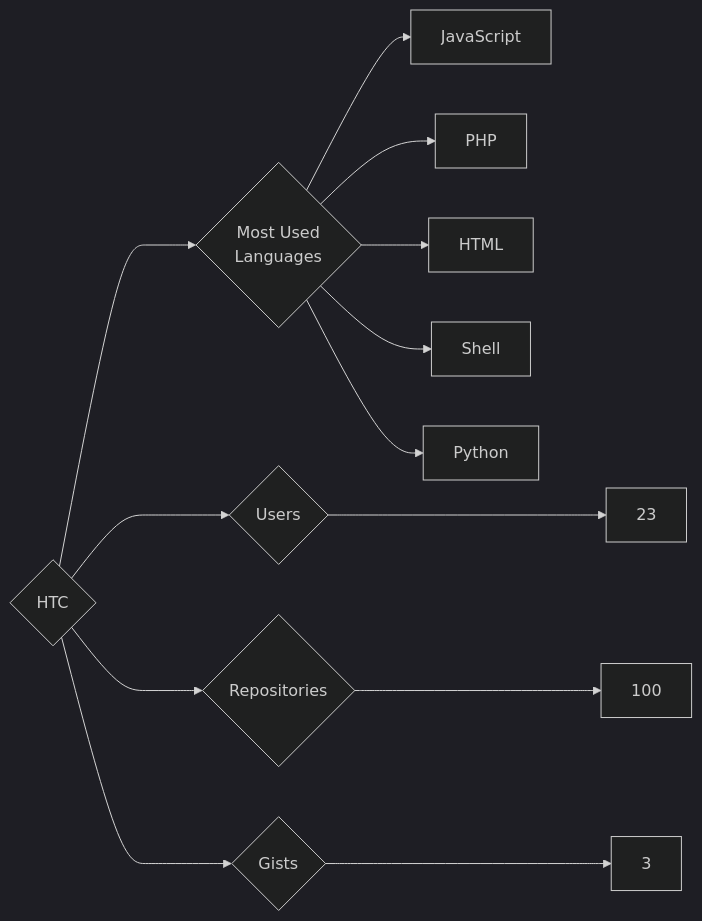
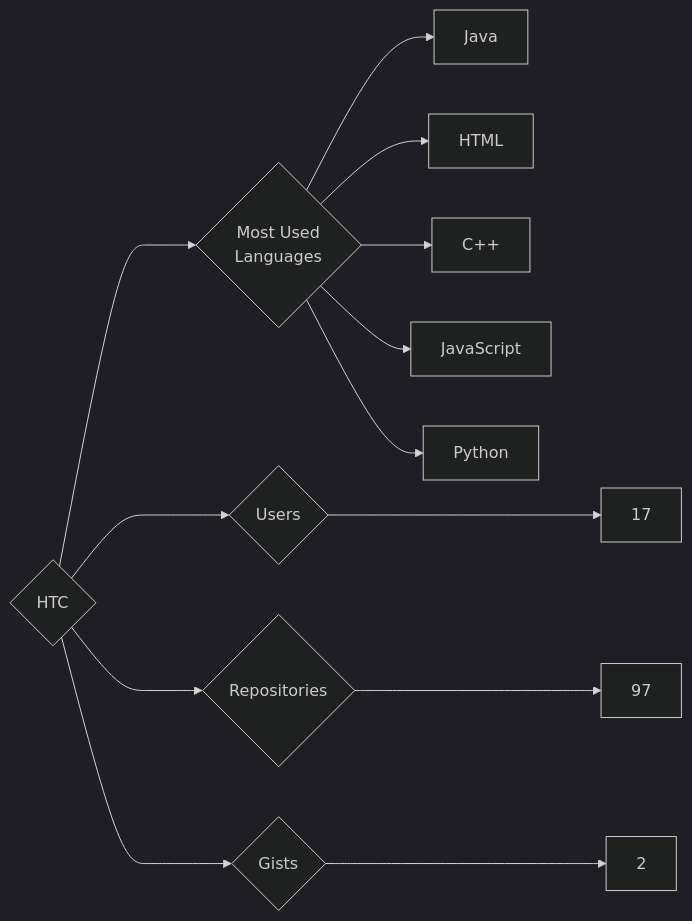
Before and after one commit to trickest/insiders: the diagram in targets/HTC/README.md, drawn with Mermaid (dark theme). The commit also changed 721 other files, not shown here.

````diff
--- a/targets/HTC/README.md
+++ b/targets/HTC/README.md
@@ -3,13 +3,13 @@
 ```mermaid
 graph LR
 COMPANY_NAME{HTC}
-COMPANY_NAME ---> U{Users} ---> UN[23]
-COMPANY_NAME ---> R{Repositories} ---> RN[100]
-COMPANY_NAME ---> G{Gists} ---> GN[3]
+COMPANY_NAME ---> U{Users} ---> UN[17]
+COMPANY_NAME ---> R{Repositories} ---> RN[97]
+COMPANY_NAME ---> G{Gists} ---> GN[2]
 COMPANY_NAME ---> ML{Most Used<br>Languages}
+ML --> Java[Java]
+ML --> HTML[HTML]
+ML --> C++[C++]
 ML --> JavaScript[JavaScript]
-ML --> PHP[PHP]
-ML --> HTML[HTML]
-ML --> Shell[Shell]
 ML --> Python[Python]
 ```
````
